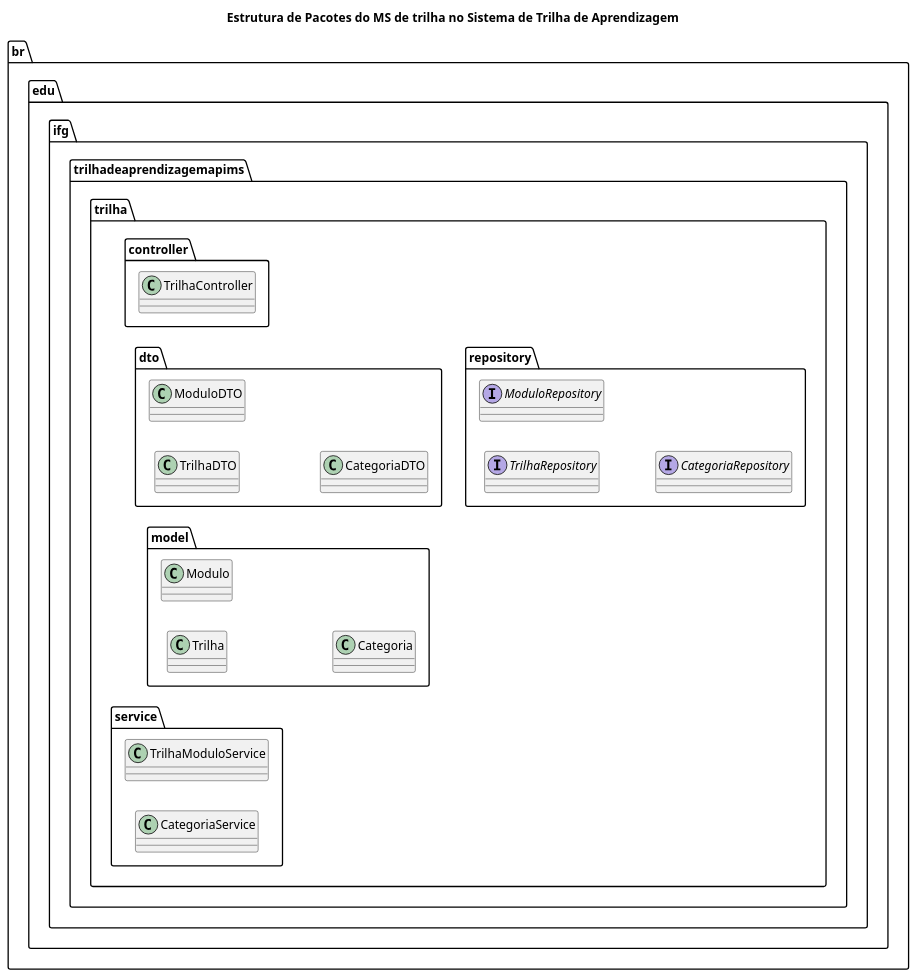
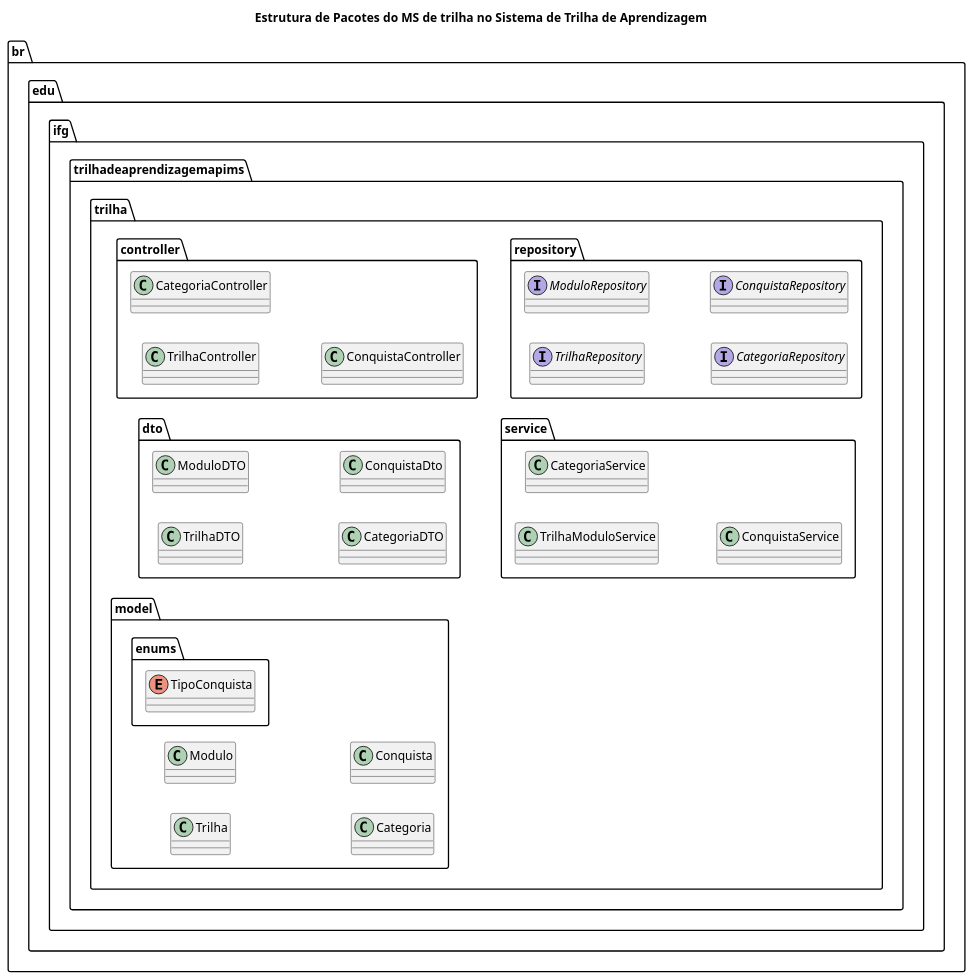
The diagram in Diagrams/pacotes.puml (BruBSilva/trilha-service), drawn with PlantUML before and after one commit. The commit also changed 1 other file, not shown here.

Commit message:
Add de classes de Conquista nos diagramas

```diff
--- a/Diagrams/pacotes.puml
+++ b/Diagrams/pacotes.puml
@@ -1,44 +1,54 @@
 @startuml
 left to right direction
 title Estrutura de Pacotes do MS de trilha no Sistema de Trilha de Aprendizagem
 
 ' Organização de pacotes
 package br {
     package edu {
         package ifg {
               package trilhadeaprendizagemapims.trilha {
                     package controller {
                         class TrilhaController
+                        class CategoriaController
+                        class ConquistaController
                     }
 
                     package dto {
                         class TrilhaDTO
                         class ModuloDTO
                         class CategoriaDTO
+                        class ConquistaDto
                     }
 
                     package model {
                         class Trilha
                         class Modulo
                         class Categoria
+                        class Conquista
+
+                        package enums {
+                            enum TipoConquista
+                        }
                     }
 
                     package repository {
                         interface TrilhaRepository
                         interface ModuloRepository
                         interface CategoriaRepository
+                        interface ConquistaRepository
                     }
 
                     package service {
                         class TrilhaModuloService
                         class CategoriaService
+                        class ConquistaService
                     }
               }
         }
     }
 }
 
 ' Dependências entre camadas
 
 
 @enduml
```
